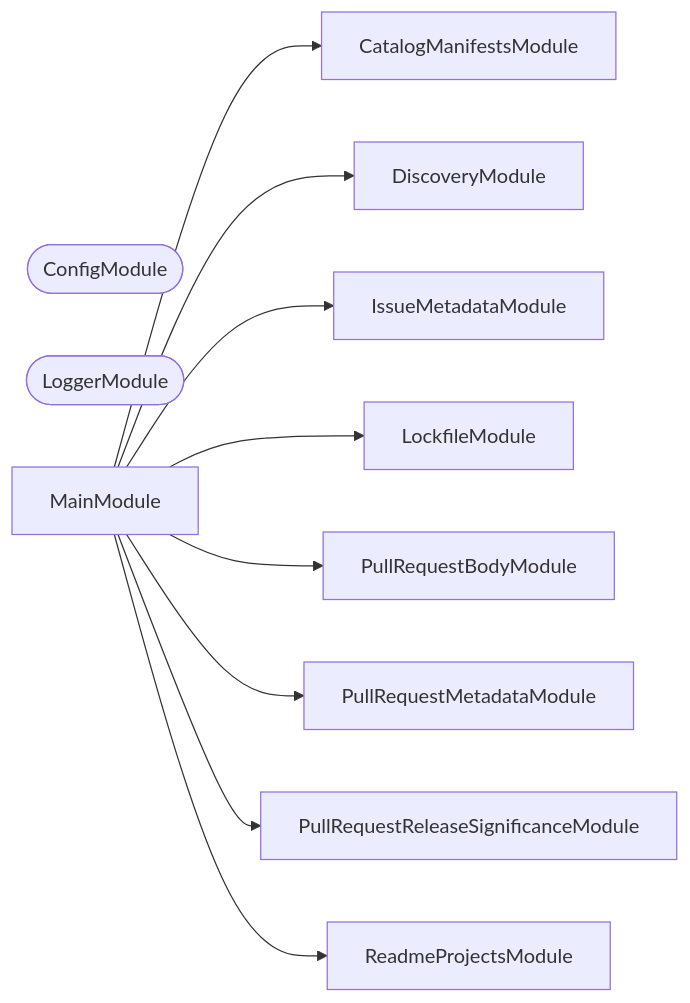
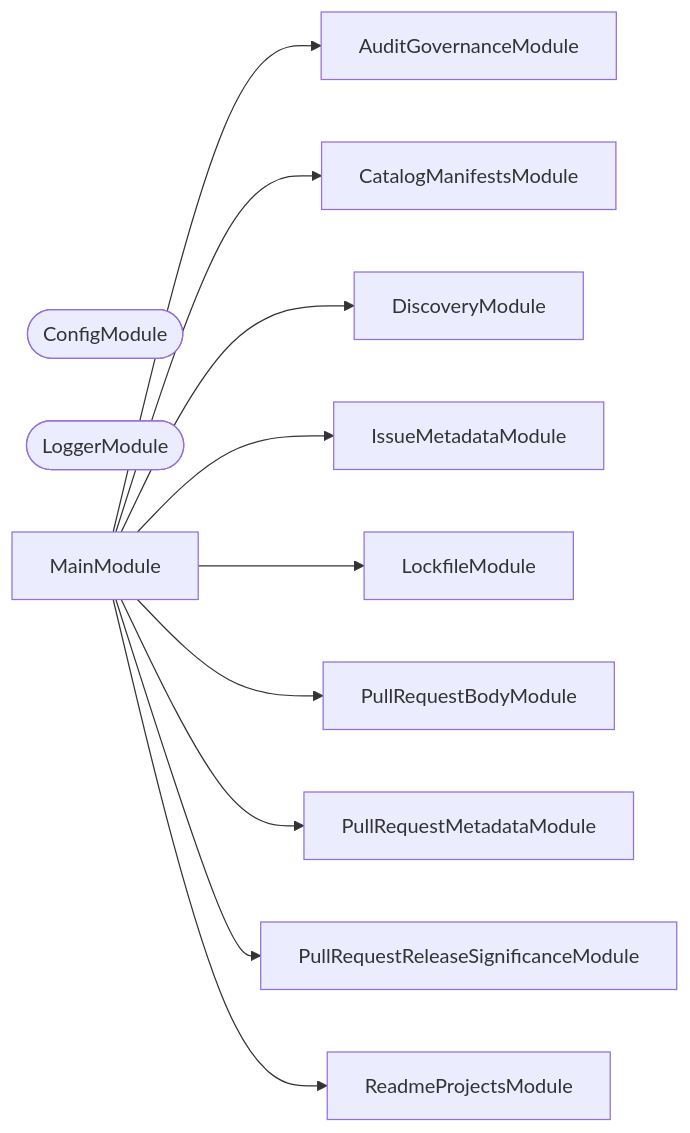
Before and after one commit to JimmyPaolini/codebase: the second of 3 diagrams in tools/validation/README.md, drawn with Mermaid. The commit also changed other lines of this file and 3 other files, not shown here.

````diff
--- a/tools/validation/README.md
+++ b/tools/validation/README.md
@@ -350,22 +390,24 @@
 ```mermaid
 flowchart LR
+  AuditGovernanceModule
   CatalogManifestsModule
   ConfigModule([ConfigModule])
   DiscoveryModule
   IssueMetadataModule
   LockfileModule
   LoggerModule([LoggerModule])
   MainModule
   PullRequestBodyModule
   PullRequestMetadataModule
   PullRequestReleaseSignificanceModule
   ReadmeProjectsModule
+  MainModule --> AuditGovernanceModule
   MainModule --> CatalogManifestsModule
   MainModule --> DiscoveryModule
   MainModule --> IssueMetadataModule
   MainModule --> LockfileModule
   MainModule --> PullRequestBodyModule
   MainModule --> PullRequestMetadataModule
   MainModule --> PullRequestReleaseSignificanceModule
   MainModule --> ReadmeProjectsModule
 ```
````
